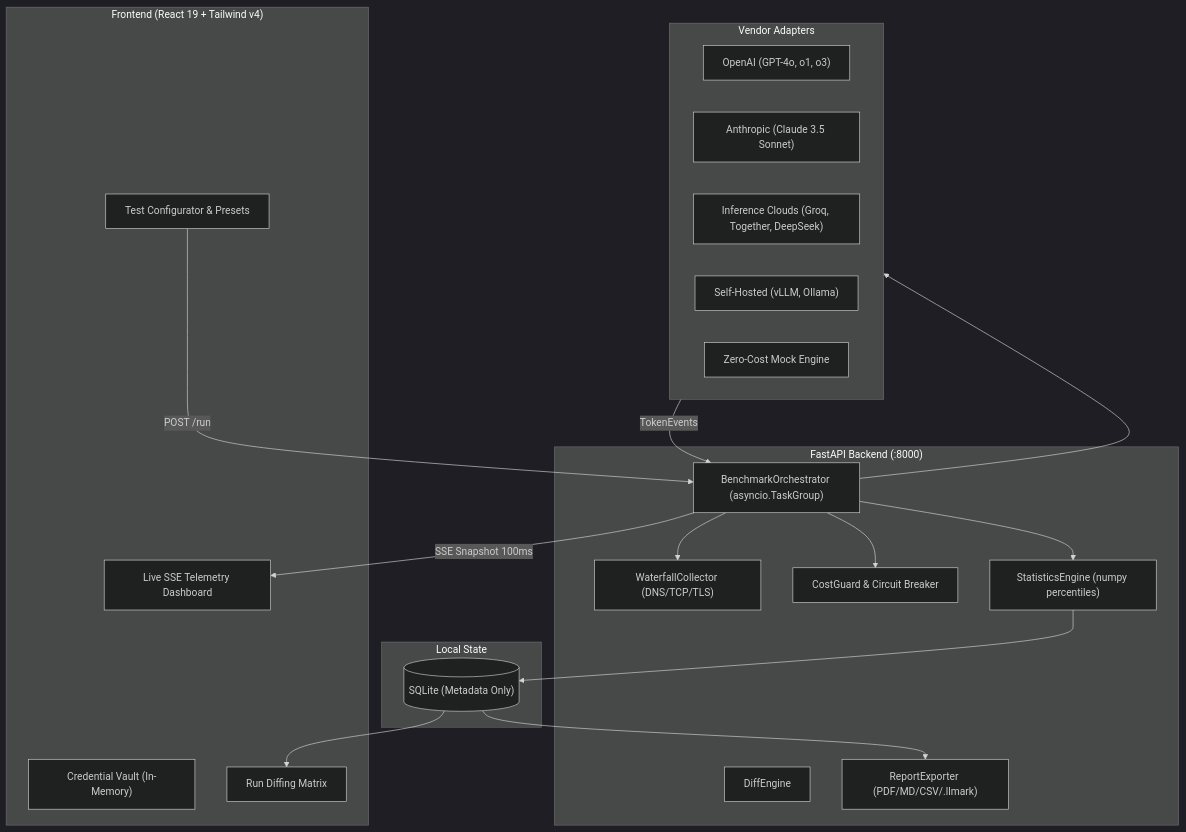
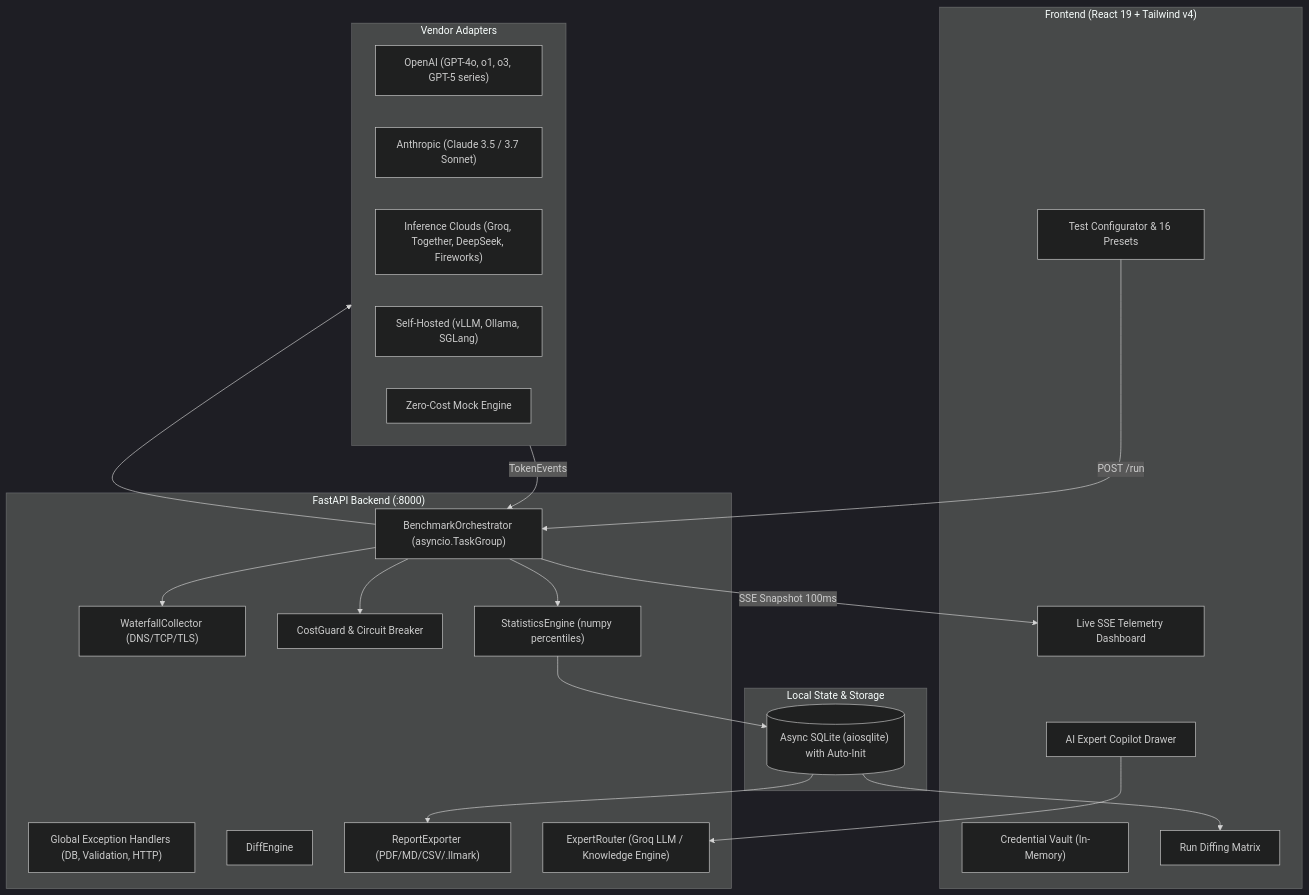
The diagram in README.md (cosmos-127/llmark), drawn with Mermaid (dark theme) before and after one commit. The commit also changed other lines of this file and 86 other files, not shown here.

````diff
--- a/README.md
+++ b/README.md
@@ -57,41 +62,45 @@
 ```mermaid
 flowchart TD
     subgraph UI["Frontend (React 19 + Tailwind v4)"]
         CV["Credential Vault (In-Memory)"]
-        TC["Test Configurator & Presets"]
+        TC["Test Configurator & 16 Presets"]
         LD["Live SSE Telemetry Dashboard"]
         DV["Run Diffing Matrix"]
+        EX["AI Expert Copilot Drawer"]
     end
 
     subgraph API["FastAPI Backend (:8000)"]
+        EH["Global Exception Handlers (DB, Validation, HTTP)"]
         BO["BenchmarkOrchestrator (asyncio.TaskGroup)"]
         WC["WaterfallCollector (DNS/TCP/TLS)"]
         CG["CostGuard & Circuit Breaker"]
         SE["StatisticsEngine (numpy percentiles)"]
         DE["DiffEngine"]
         RE["ReportExporter (PDF/MD/CSV/.llmark)"]
+        EXP["ExpertRouter (Groq LLM / Knowledge Engine)"]
     end
 
     subgraph Adapters["Vendor Adapters"]
-        A1["OpenAI (GPT-4o, o1, o3)"]
-        A2["Anthropic (Claude 3.5 Sonnet)"]
-        A3["Inference Clouds (Groq, Together, DeepSeek)"]
-        A4["Self-Hosted (vLLM, Ollama)"]
+        A1["OpenAI (GPT-4o, o1, o3, GPT-5 series)"]
+        A2["Anthropic (Claude 3.5 / 3.7 Sonnet)"]
+        A3["Inference Clouds (Groq, Together, DeepSeek, Fireworks)"]
+        A4["Self-Hosted (vLLM, Ollama, SGLang)"]
         A5["Zero-Cost Mock Engine"]
     end
 
-    subgraph DB["Local State"]
-        SQL[("SQLite (Metadata Only)")]
+    subgraph DB["Local State & Storage"]
+        SQL[("Async SQLite (aiosqlite) with Auto-Init")]
     end
 
     TC -->|POST /run| BO
     BO --> WC
     BO --> CG
     BO --> Adapters
     Adapters -->|TokenEvents| BO
     BO -->|SSE Snapshot 100ms| LD
     BO --> SE
     SE --> SQL
     SQL --> DV
     SQL --> RE
+    EX --> EXP
 ```
````
